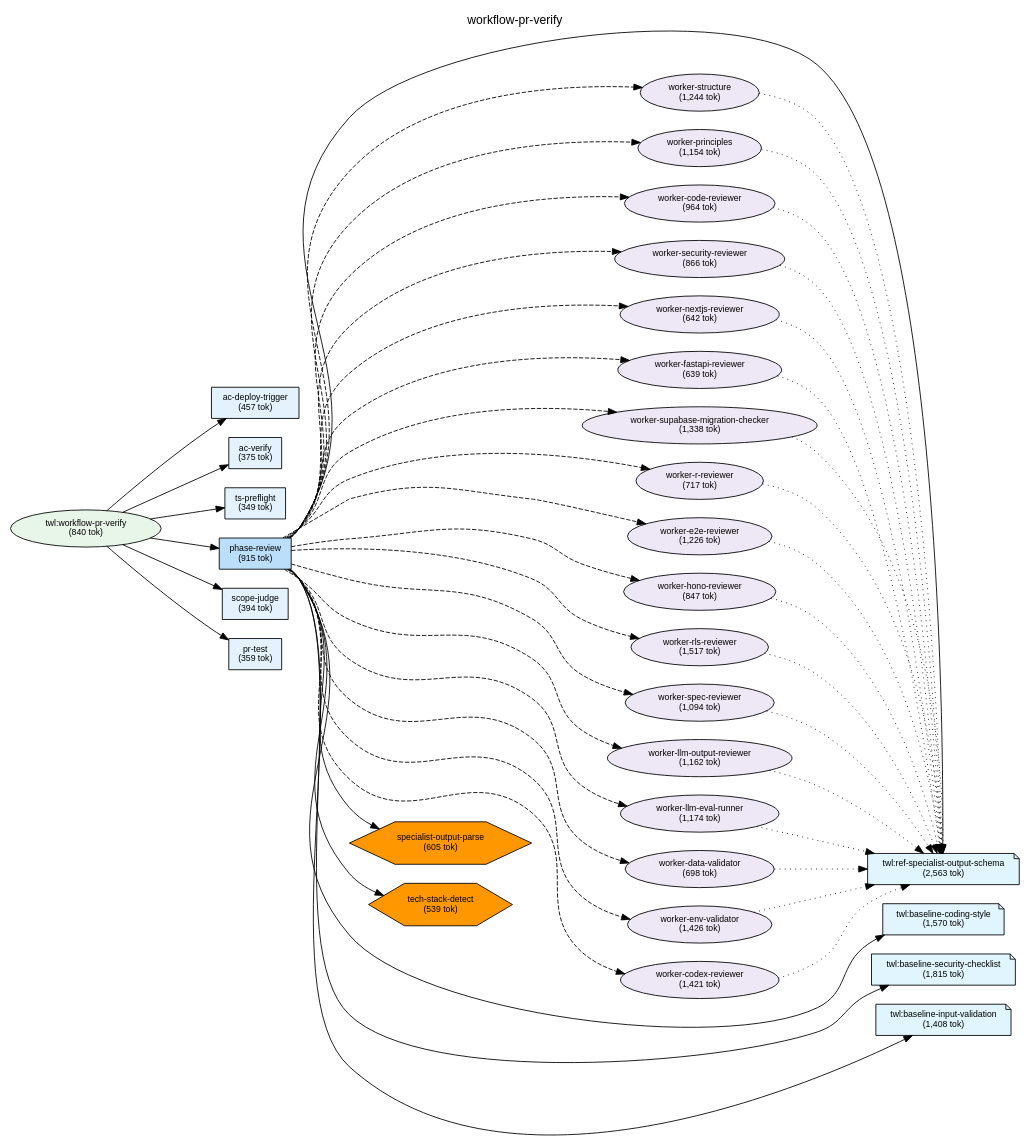
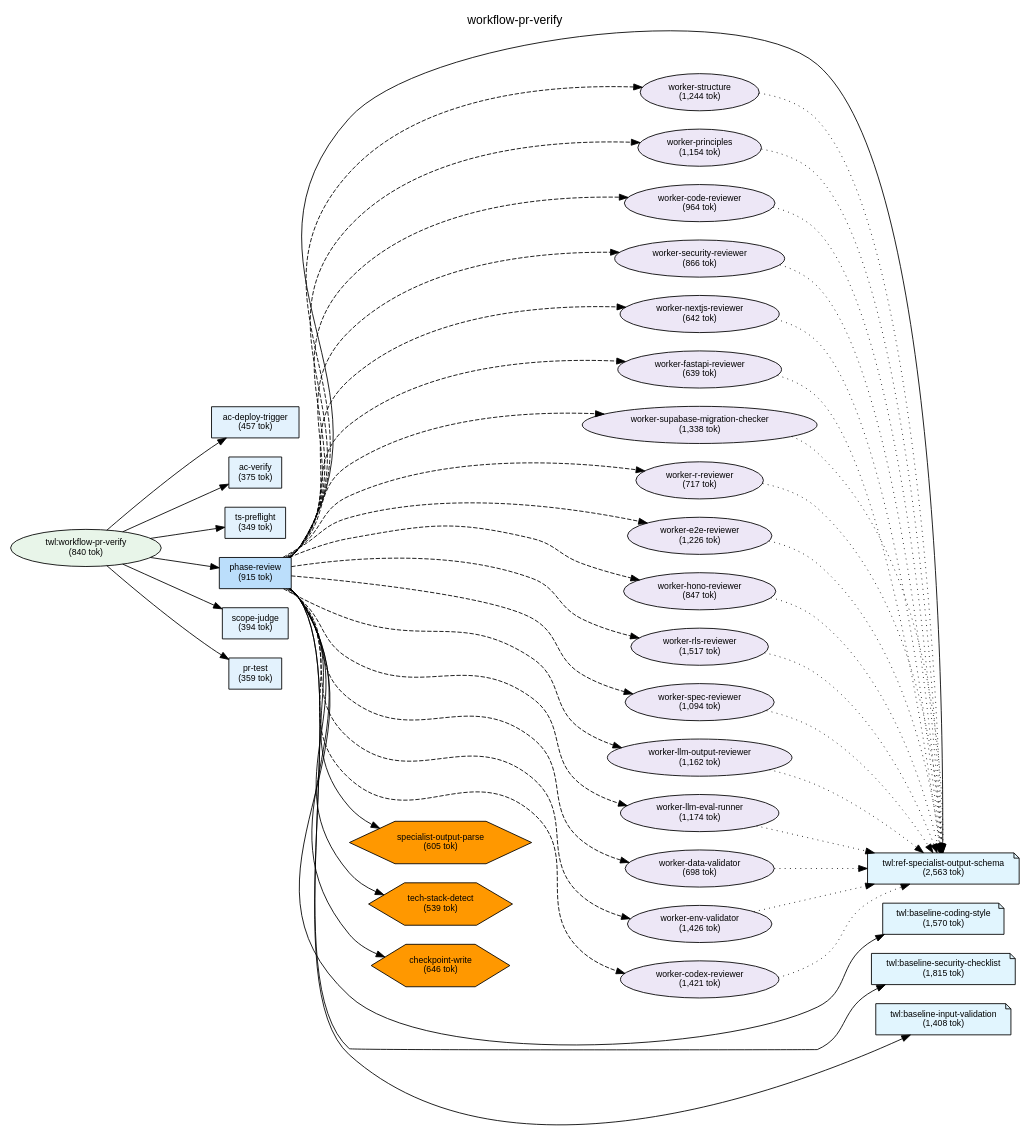
The diagram in plugins/twl/docs/deps-workflow-pr-verify.dot (shuu5/twill), drawn with Graphviz before and after one commit. The commit also changed 17 other files, not shown here.

```diff
--- a/plugins/twl/docs/deps-workflow-pr-verify.dot
+++ b/plugins/twl/docs/deps-workflow-pr-verify.dot
@@ -1,167 +1,170 @@
 digraph Dependencies {
     // Graph settings
     rankdir=LR;
     ranksep=0.8;
     nodesep=0.3;
     fontname="Helvetica";
     node [fontname="Helvetica", fontsize=10];
     edge [fontname="Helvetica", fontsize=9];
     label="workflow-pr-verify";
     labelloc=t;
     fontsize=14;
 
     // L0: Controller Skills
 
     // L0: Launchers
 
     // L0.5: Workflow Skills
     skill_workflow_pr_verify [label="twl:workflow-pr-verify\n(840 tok)", shape=ellipse, style=filled, fillcolor="#e8f5e9"];
 
     // Reference Skills
     skill_ref_specialist_output_schema [label="twl:ref-specialist-output-schema\n(2,563 tok)", shape=note, style=filled, fillcolor="#e1f5fe"];
     skill_baseline_coding_style [label="twl:baseline-coding-style\n(1,570 tok)", shape=note, style=filled, fillcolor="#e1f5fe"];
     skill_baseline_security_checklist [label="twl:baseline-security-checklist\n(1,815 tok)", shape=note, style=filled, fillcolor="#e1f5fe"];
     skill_baseline_input_validation [label="twl:baseline-input-validation\n(1,408 tok)", shape=note, style=filled, fillcolor="#e1f5fe"];
 
     // L1: Direct Commands
     cmd_ts_preflight [label="ts-preflight\n(349 tok)", shape=box, style=filled, fillcolor="#e3f2fd"];
     cmd_scope_judge [label="scope-judge\n(394 tok)", shape=box, style=filled, fillcolor="#e3f2fd"];
     cmd_pr_test [label="pr-test\n(359 tok)", shape=box, style=filled, fillcolor="#e3f2fd"];
     cmd_ac_verify [label="ac-verify\n(375 tok)", shape=box, style=filled, fillcolor="#e3f2fd"];
     cmd_phase_review [label="phase-review\n(915 tok)", shape=box, style=filled, fillcolor="#bbdefb"];
     cmd_ac_deploy_trigger [label="ac-deploy-trigger\n(457 tok)", shape=box, style=filled, fillcolor="#e3f2fd"];
 
     // L2: Sub Commands
 
     // L3: Agents
     agent_worker_structure [label="worker-structure\n(1,244 tok)", shape=ellipse, style=filled, fillcolor="#ede7f6"];
     agent_worker_principles [label="worker-principles\n(1,154 tok)", shape=ellipse, style=filled, fillcolor="#ede7f6"];
     agent_worker_env_validator [label="worker-env-validator\n(1,426 tok)", shape=ellipse, style=filled, fillcolor="#ede7f6"];
     agent_worker_rls_reviewer [label="worker-rls-reviewer\n(1,517 tok)", shape=ellipse, style=filled, fillcolor="#ede7f6"];
     agent_worker_supabase_migration_checker [label="worker-supabase-migration-checker\n(1,338 tok)", shape=ellipse, style=filled, fillcolor="#ede7f6"];
     agent_worker_data_validator [label="worker-data-validator\n(698 tok)", shape=ellipse, style=filled, fillcolor="#ede7f6"];
     agent_worker_e2e_reviewer [label="worker-e2e-reviewer\n(1,226 tok)", shape=ellipse, style=filled, fillcolor="#ede7f6"];
     agent_worker_spec_reviewer [label="worker-spec-reviewer\n(1,094 tok)", shape=ellipse, style=filled, fillcolor="#ede7f6"];
     agent_worker_codex_reviewer [label="worker-codex-reviewer\n(1,421 tok)", shape=ellipse, style=filled, fillcolor="#ede7f6"];
     agent_worker_code_reviewer [label="worker-code-reviewer\n(964 tok)", shape=ellipse, style=filled, fillcolor="#ede7f6"];
     agent_worker_security_reviewer [label="worker-security-reviewer\n(866 tok)", shape=ellipse, style=filled, fillcolor="#ede7f6"];
     agent_worker_nextjs_reviewer [label="worker-nextjs-reviewer\n(642 tok)", shape=ellipse, style=filled, fillcolor="#ede7f6"];
     agent_worker_fastapi_reviewer [label="worker-fastapi-reviewer\n(639 tok)", shape=ellipse, style=filled, fillcolor="#ede7f6"];
     agent_worker_hono_reviewer [label="worker-hono-reviewer\n(847 tok)", shape=ellipse, style=filled, fillcolor="#ede7f6"];
     agent_worker_r_reviewer [label="worker-r-reviewer\n(717 tok)", shape=ellipse, style=filled, fillcolor="#ede7f6"];
     agent_worker_llm_output_reviewer [label="worker-llm-output-reviewer\n(1,162 tok)", shape=ellipse, style=filled, fillcolor="#ede7f6"];
     agent_worker_llm_eval_runner [label="worker-llm-eval-runner\n(1,174 tok)", shape=ellipse, style=filled, fillcolor="#ede7f6"];
 
     // L3.5: Scripts
     script_tech_stack_detect [label="tech-stack-detect\n(539 tok)", shape=hexagon, style=filled, fillcolor="#FF9800"];
     script_specialist_output_parse [label="specialist-output-parse\n(605 tok)", shape=hexagon, style=filled, fillcolor="#FF9800"];
+    script_checkpoint_write [label="checkpoint-write\n(646 tok)", shape=hexagon, style=filled, fillcolor="#FF9800"];
 
     // L4: External
 
     // Layer constraints
     { rank=same; skill_workflow_pr_verify; }
     { rank=same; skill_ref_specialist_output_schema; skill_baseline_coding_style; skill_baseline_security_checklist; skill_baseline_input_validation; }
     { rank=same; cmd_ts_preflight; cmd_scope_judge; cmd_pr_test; cmd_ac_verify; cmd_phase_review; cmd_ac_deploy_trigger; }
     { rank=same; agent_worker_structure; agent_worker_principles; agent_worker_env_validator; agent_worker_rls_reviewer; agent_worker_supabase_migration_checker; agent_worker_data_validator; agent_worker_e2e_reviewer; agent_worker_spec_reviewer; agent_worker_codex_reviewer; agent_worker_code_reviewer; agent_worker_security_reviewer; agent_worker_nextjs_reviewer; agent_worker_fastapi_reviewer; agent_worker_hono_reviewer; agent_worker_r_reviewer; agent_worker_llm_output_reviewer; agent_worker_llm_eval_runner; }
-    { rank=same; script_tech_stack_detect; script_specialist_output_parse; }
+    { rank=same; script_tech_stack_detect; script_specialist_output_parse; script_checkpoint_write; }
 
     // Edges
     skill_workflow_pr_verify -> cmd_ac_deploy_trigger;
     skill_workflow_pr_verify -> cmd_ac_verify;
     skill_workflow_pr_verify -> cmd_ts_preflight;
     skill_workflow_pr_verify -> cmd_phase_review;
     skill_workflow_pr_verify -> cmd_scope_judge;
     skill_workflow_pr_verify -> cmd_pr_test;
     cmd_phase_review -> script_specialist_output_parse;
     cmd_phase_review -> script_tech_stack_detect;
+    cmd_phase_review -> script_checkpoint_write;
     cmd_phase_review -> agent_worker_structure [style=dashed];
     cmd_phase_review -> agent_worker_principles [style=dashed];
     cmd_phase_review -> agent_worker_code_reviewer [style=dashed];
     cmd_phase_review -> agent_worker_security_reviewer [style=dashed];
     cmd_phase_review -> agent_worker_nextjs_reviewer [style=dashed];
     cmd_phase_review -> agent_worker_fastapi_reviewer [style=dashed];
     cmd_phase_review -> agent_worker_supabase_migration_checker [style=dashed];
     cmd_phase_review -> agent_worker_r_reviewer [style=dashed];
     cmd_phase_review -> agent_worker_e2e_reviewer [style=dashed];
     cmd_phase_review -> agent_worker_hono_reviewer [style=dashed];
     cmd_phase_review -> agent_worker_rls_reviewer [style=dashed];
     cmd_phase_review -> agent_worker_spec_reviewer [style=dashed];
     cmd_phase_review -> agent_worker_llm_output_reviewer [style=dashed];
     cmd_phase_review -> agent_worker_llm_eval_runner [style=dashed];
     cmd_phase_review -> agent_worker_data_validator [style=dashed];
     cmd_phase_review -> agent_worker_env_validator [style=dashed];
     cmd_phase_review -> agent_worker_codex_reviewer [style=dashed];
     cmd_phase_review -> skill_ref_specialist_output_schema;
     cmd_phase_review -> skill_baseline_coding_style;
     cmd_phase_review -> skill_baseline_security_checklist;
     cmd_phase_review -> skill_baseline_input_validation;
     agent_worker_structure -> skill_ref_specialist_output_schema [style=dotted];
     agent_worker_principles -> skill_ref_specialist_output_schema [style=dotted];
     agent_worker_env_validator -> skill_ref_specialist_output_schema [style=dotted];
     agent_worker_rls_reviewer -> skill_ref_specialist_output_schema [style=dotted];
     agent_worker_supabase_migration_checker -> skill_ref_specialist_output_schema [style=dotted];
     agent_worker_data_validator -> skill_ref_specialist_output_schema [style=dotted];
     agent_worker_e2e_reviewer -> skill_ref_specialist_output_schema [style=dotted];
     agent_worker_spec_reviewer -> skill_ref_specialist_output_schema [style=dotted];
     agent_worker_codex_reviewer -> skill_ref_specialist_output_schema [style=dotted];
     agent_worker_code_reviewer -> skill_ref_specialist_output_schema [style=dotted];
     agent_worker_security_reviewer -> skill_ref_specialist_output_schema [style=dotted];
     agent_worker_nextjs_reviewer -> skill_ref_specialist_output_schema [style=dotted];
     agent_worker_fastapi_reviewer -> skill_ref_specialist_output_schema [style=dotted];
     agent_worker_hono_reviewer -> skill_ref_specialist_output_schema [style=dotted];
     agent_worker_r_reviewer -> skill_ref_specialist_output_schema [style=dotted];
     agent_worker_llm_output_reviewer -> skill_ref_specialist_output_schema [style=dotted];
     agent_worker_llm_eval_runner -> skill_ref_specialist_output_schema [style=dotted];
 
     // Ordering constraints (invisible edges)
     cmd_ac_deploy_trigger -> cmd_ac_verify [style=invis, weight=10];
     cmd_ac_verify -> cmd_ts_preflight [style=invis, weight=10];
     cmd_ts_preflight -> cmd_phase_review [style=invis, weight=10];
     cmd_phase_review -> cmd_scope_judge [style=invis, weight=10];
     cmd_scope_judge -> cmd_pr_test [style=invis, weight=10];
     agent_worker_structure -> agent_worker_principles [style=invis, weight=10];
     agent_worker_structure -> agent_worker_principles [style=invis, weight=10];
     script_specialist_output_parse -> script_tech_stack_detect [style=invis, weight=10];
-    script_tech_stack_detect -> agent_worker_structure [style=invis, weight=10];
+    script_tech_stack_detect -> script_checkpoint_write [style=invis, weight=10];
+    script_checkpoint_write -> agent_worker_structure [style=invis, weight=10];
     agent_worker_structure -> agent_worker_principles [style=invis, weight=10];
     agent_worker_principles -> agent_worker_code_reviewer [style=invis, weight=10];
     agent_worker_code_reviewer -> agent_worker_security_reviewer [style=invis, weight=10];
     agent_worker_security_reviewer -> agent_worker_nextjs_reviewer [style=invis, weight=10];
     agent_worker_nextjs_reviewer -> agent_worker_fastapi_reviewer [style=invis, weight=10];
     agent_worker_fastapi_reviewer -> agent_worker_supabase_migration_checker [style=invis, weight=10];
     agent_worker_supabase_migration_checker -> agent_worker_r_reviewer [style=invis, weight=10];
     agent_worker_r_reviewer -> agent_worker_e2e_reviewer [style=invis, weight=10];
     agent_worker_e2e_reviewer -> agent_worker_hono_reviewer [style=invis, weight=10];
     agent_worker_hono_reviewer -> agent_worker_rls_reviewer [style=invis, weight=10];
     agent_worker_rls_reviewer -> agent_worker_spec_reviewer [style=invis, weight=10];
     agent_worker_spec_reviewer -> agent_worker_llm_output_reviewer [style=invis, weight=10];
     agent_worker_llm_output_reviewer -> agent_worker_llm_eval_runner [style=invis, weight=10];
     agent_worker_llm_eval_runner -> agent_worker_data_validator [style=invis, weight=10];
     agent_worker_data_validator -> agent_worker_env_validator [style=invis, weight=10];
     agent_worker_env_validator -> agent_worker_codex_reviewer [style=invis, weight=10];
     agent_worker_codex_reviewer -> skill_ref_specialist_output_schema [style=invis, weight=10];
     skill_ref_specialist_output_schema -> skill_baseline_coding_style [style=invis, weight=10];
     skill_baseline_coding_style -> skill_baseline_security_checklist [style=invis, weight=10];
     skill_baseline_security_checklist -> skill_baseline_input_validation [style=invis, weight=10];
     script_specialist_output_parse -> script_tech_stack_detect [style=invis, weight=10];
     agent_worker_structure -> agent_worker_principles [style=invis, weight=10];
     agent_worker_principles -> agent_worker_code_reviewer [style=invis, weight=10];
     agent_worker_code_reviewer -> agent_worker_security_reviewer [style=invis, weight=10];
     agent_worker_security_reviewer -> agent_worker_nextjs_reviewer [style=invis, weight=10];
     agent_worker_nextjs_reviewer -> agent_worker_fastapi_reviewer [style=invis, weight=10];
     agent_worker_fastapi_reviewer -> agent_worker_supabase_migration_checker [style=invis, weight=10];
     agent_worker_supabase_migration_checker -> agent_worker_r_reviewer [style=invis, weight=10];
     agent_worker_r_reviewer -> agent_worker_e2e_reviewer [style=invis, weight=10];
     agent_worker_e2e_reviewer -> agent_worker_hono_reviewer [style=invis, weight=10];
     agent_worker_hono_reviewer -> agent_worker_rls_reviewer [style=invis, weight=10];
     agent_worker_rls_reviewer -> agent_worker_spec_reviewer [style=invis, weight=10];
     agent_worker_spec_reviewer -> agent_worker_llm_output_reviewer [style=invis, weight=10];
     agent_worker_llm_output_reviewer -> agent_worker_llm_eval_runner [style=invis, weight=10];
     agent_worker_llm_eval_runner -> agent_worker_data_validator [style=invis, weight=10];
     agent_worker_data_validator -> agent_worker_env_validator [style=invis, weight=10];
     agent_worker_env_validator -> agent_worker_codex_reviewer [style=invis, weight=10];
     skill_ref_specialist_output_schema -> skill_baseline_coding_style [style=invis, weight=10];
     skill_baseline_coding_style -> skill_baseline_security_checklist [style=invis, weight=10];
     skill_baseline_security_checklist -> skill_baseline_input_validation [style=invis, weight=10];
 
 }
```
